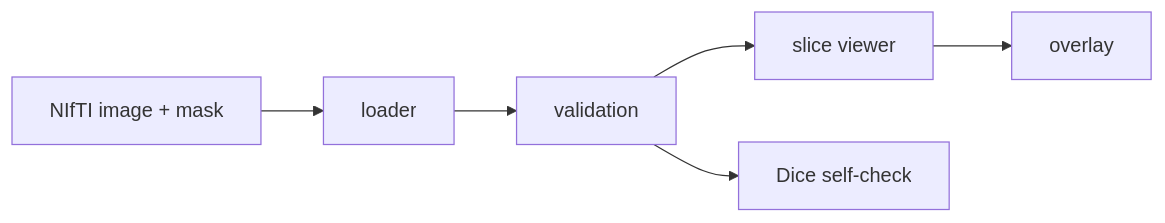
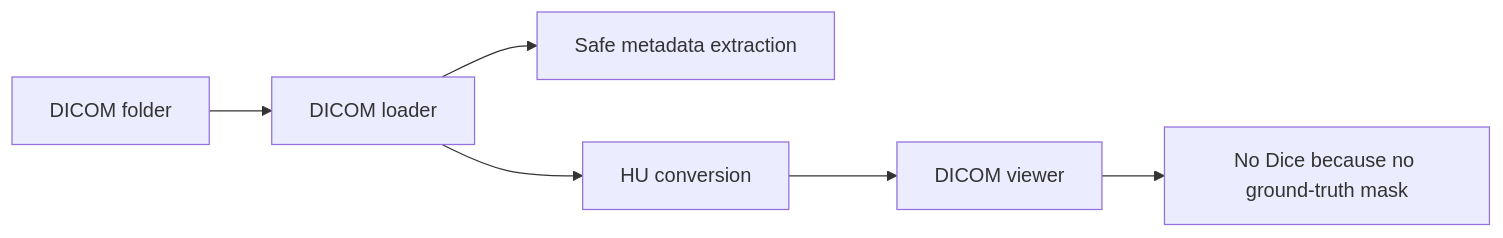
One commit to Ksyl25/liver-ct-foundation-segmentation changed the second of 2 diagrams in docs/architecture.md. Above: the diagram before and after it, drawn with Mermaid. The commit also changed other lines of this file and 18 other files, not shown here.

````diff
--- a/docs/architecture.md
+++ b/docs/architecture.md
@@ -5,8 +25,8 @@
 ```mermaid
 flowchart LR
-    A["NIfTI image + mask"] --> B["loader"]
-    B --> C["validation"]
-    C --> D["slice viewer"]
-    D --> E["overlay"]
-    C --> F["Dice self-check"]
+    A["DICOM folder"] --> B["DICOM loader"]
+    B --> C["Safe metadata extraction"]
+    B --> D["HU conversion"]
+    D --> E["DICOM viewer"]
+    E --> F["No Dice because no ground-truth mask"]
 ```
````
